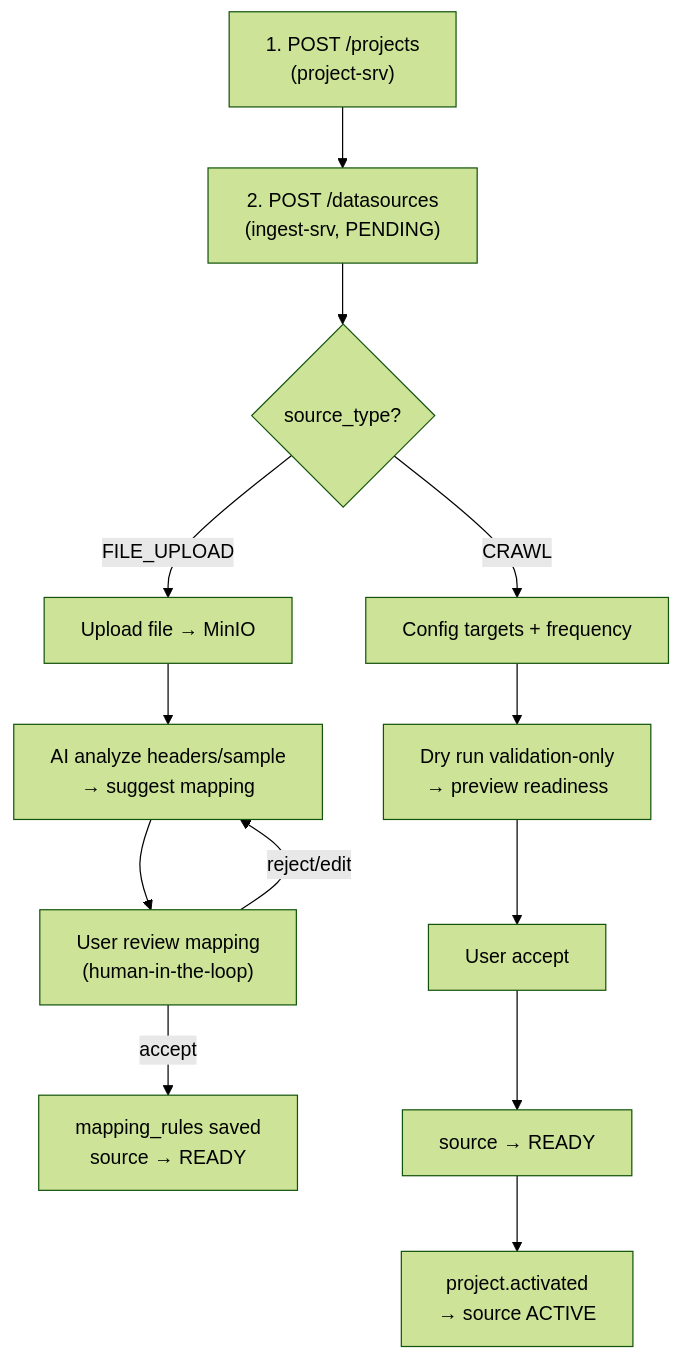
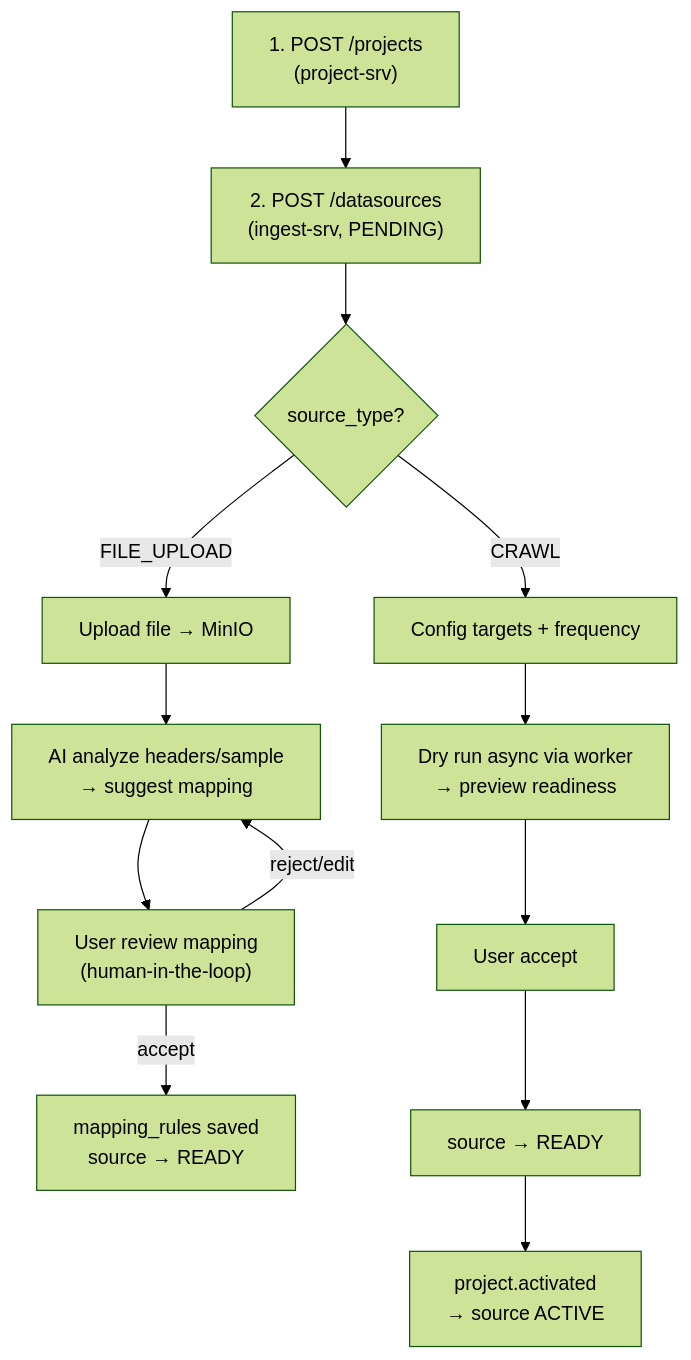
Before and after one commit to smap-hcmut/ingest-srv: the diagram in documents/resource/ingest/ingest_des.md, drawn with Mermaid (forest theme). The commit also changed other lines of this file and 112 other files, not shown here.

````diff
--- a/documents/resource/ingest/ingest_des.md
+++ b/documents/resource/ingest/ingest_des.md
@@ -31,17 +31,17 @@
 ```mermaid
 graph TD
     A["1. POST /projects<br/>(project-srv)"] --> B["2. POST /datasources<br/>(ingest-srv, PENDING)"]
     B --> C{source_type?}
     C -->|FILE_UPLOAD| D["Upload file → MinIO"]
     C -->|CRAWL| H["Config targets + frequency"]
 
     D --> E["AI analyze headers/sample<br/>→ suggest mapping"]
     E --> F["User review mapping<br/>(human-in-the-loop)"]
     F -->|accept| G["mapping_rules saved<br/>source → READY"]
     F -->|reject/edit| E
 
-    H --> I["Dry run validation-only<br/>→ preview readiness"]
+    H --> I["Dry run async via worker<br/>→ preview readiness"]
     I --> J["User accept"]
     J --> K["source → READY"]
     K --> L["project.activated<br/>→ source ACTIVE"]
 ```
````
